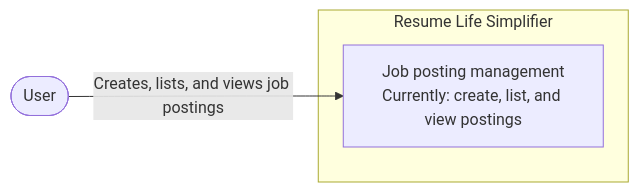
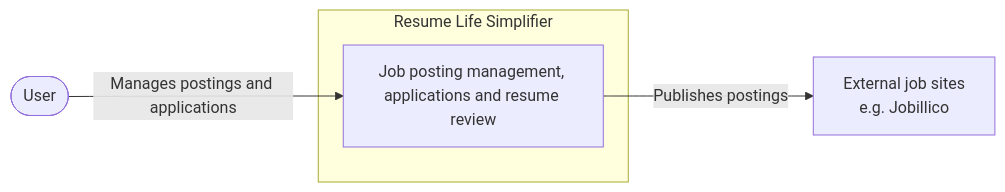
Before and after one commit to dialden/resume-life-simplifier: the first of 2 diagrams in README.md, drawn with Mermaid. The commit also changed other lines of this file and 12 other files, not shown here.

````diff
--- a/README.md
+++ b/README.md
@@ -19,10 +19,13 @@
 ```mermaid
 flowchart LR
     user(["User"])
 
     subgraph rls["Resume Life Simplifier"]
-        app["Job posting management<br/>Currently: create, list, and view postings"]
+        app["Job posting management, applications and resume review"]
     end
 
-    user -->|Creates, lists, and views job postings| app
+    jobSites["External job sites<br/>e.g. Jobillico"]
+
+    user -->|Manages postings and applications| app
+    app -->|Publishes postings| jobSites
 ```
````
